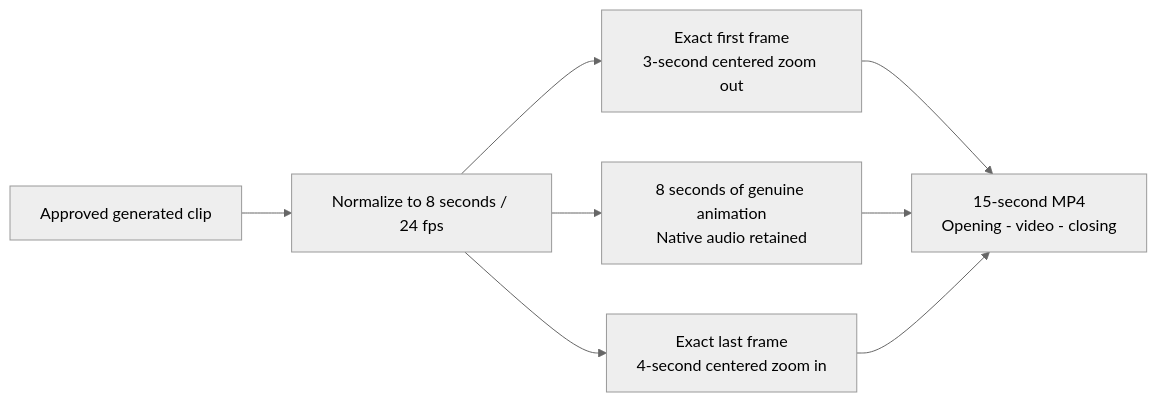
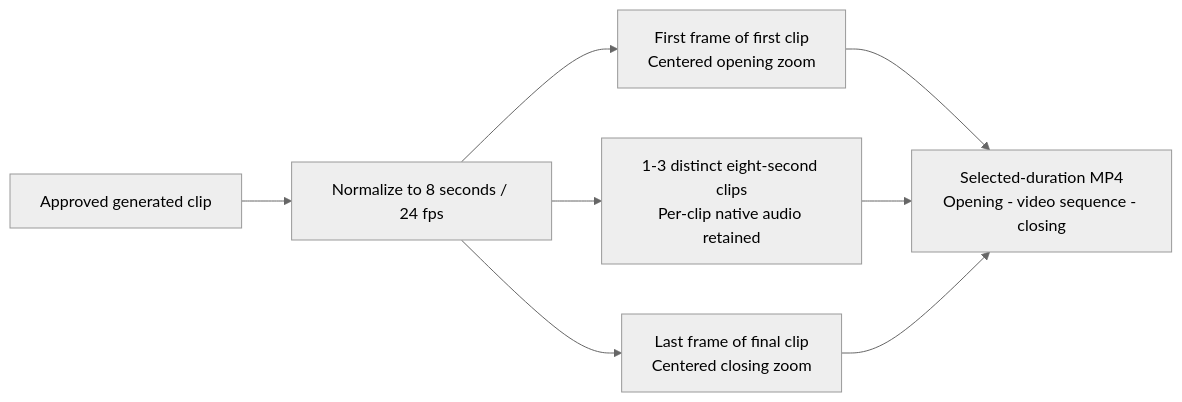
One commit to dngoins/agents-everywhere-starter-kit changed the fourth of 9 diagrams in docs/architecture.md. Above: the diagram before and after it, drawn with Mermaid (neutral theme). The commit also changed other lines of this file and 72 other files, not shown here.

````diff
--- a/docs/architecture.md
+++ b/docs/architecture.md
@@ -168,10 +168,10 @@
 ```mermaid
 flowchart LR
     Approved["Approved generated clip"] --> Normalize["Normalize to 8 seconds / 24 fps"]
-    Normalize --> First["Exact first frame<br/>3-second centered zoom out"]
-    Normalize --> Video["8 seconds of genuine animation<br/>Native audio retained"]
-    Normalize --> Last["Exact last frame<br/>4-second centered zoom in"]
-    First --> Cut["15-second MP4<br/>Opening - video - closing"]
+    Normalize --> First["First frame of first clip<br/>Centered opening zoom"]
+    Normalize --> Video["1-3 distinct eight-second clips<br/>Per-clip native audio retained"]
+    Normalize --> Last["Last frame of final clip<br/>Centered closing zoom"]
+    First --> Cut["Selected-duration MP4<br/>Opening - video sequence - closing"]
     Video --> Cut
     Last --> Cut
 ```
````
